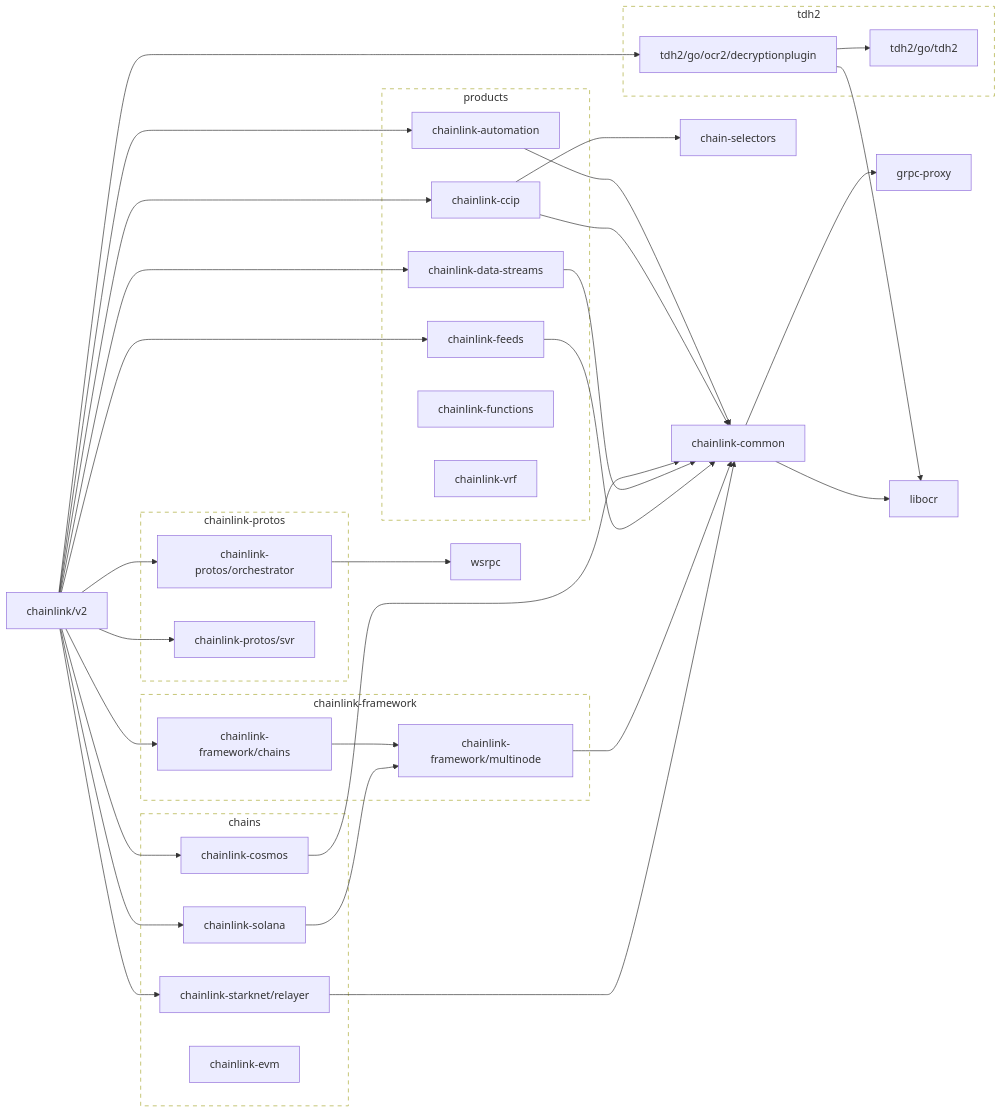
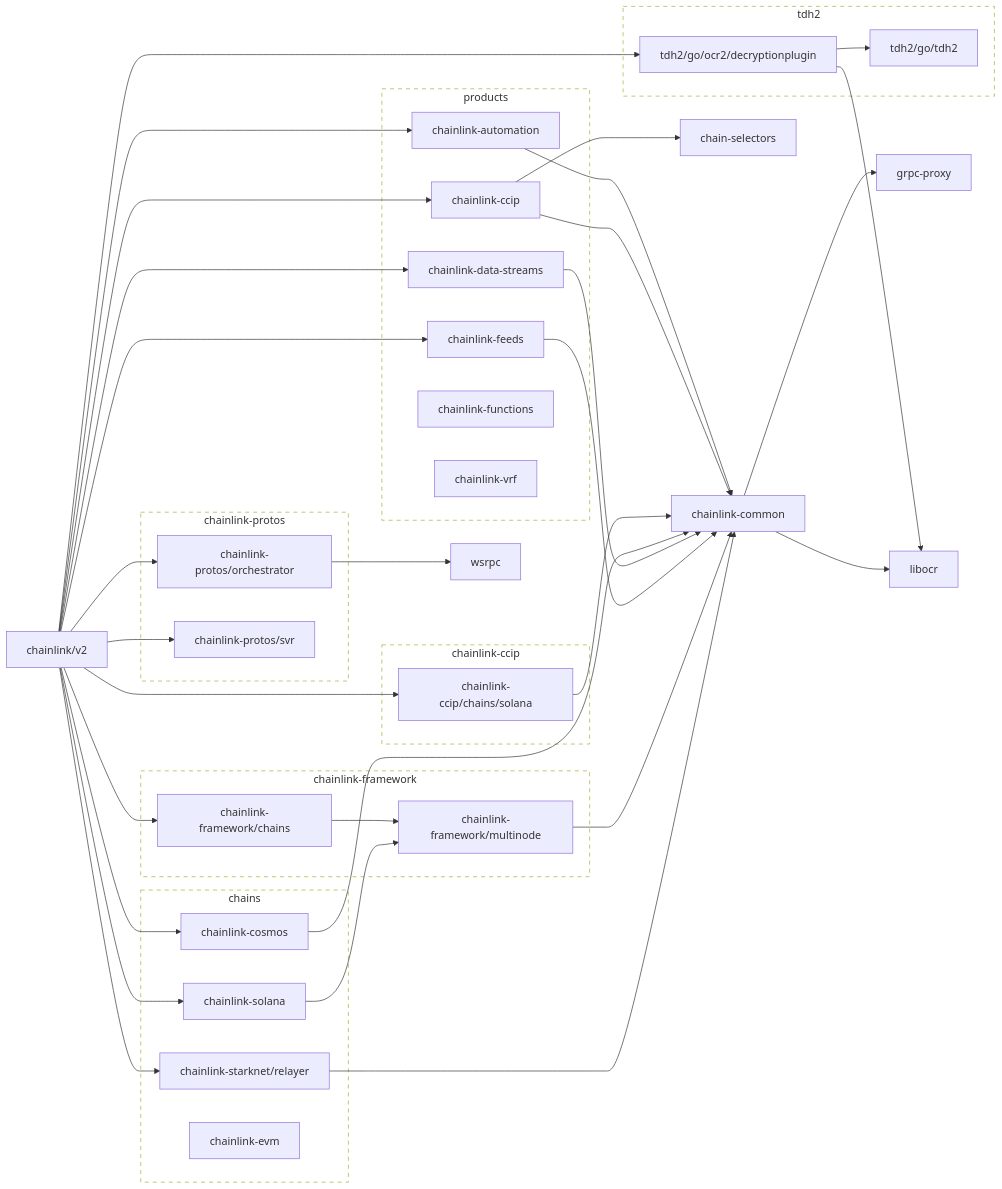
One commit to smartcontractkit/chainlink changed the first of 2 diagrams in go.md. Above: the diagram before and after it, drawn with Mermaid. The commit also changed other lines of this file, not shown here.

````diff
--- a/go.md
+++ b/go.md
@@ -28,6 +28,8 @@
 	chainlink-ccip --> chain-selectors
 	chainlink-ccip --> chainlink-common
 	click chainlink-ccip href "https://github.com/smartcontractkit/chainlink-ccip"
+	chainlink-ccip/chains/solana --> chainlink-common
+	click chainlink-ccip/chains/solana href "https://github.com/smartcontractkit/chainlink-ccip"
 	chainlink-common --> grpc-proxy
 	chainlink-common --> libocr
 	click chainlink-common href "https://github.com/smartcontractkit/chainlink-common"
@@ -51,6 +53,7 @@
 	click chainlink-starknet/relayer href "https://github.com/smartcontractkit/chainlink-starknet"
 	chainlink/v2 --> chainlink-automation
 	chainlink/v2 --> chainlink-ccip
+	chainlink/v2 --> chainlink-ccip/chains/solana
 	chainlink/v2 --> chainlink-cosmos
 	chainlink/v2 --> chainlink-data-streams
 	chainlink/v2 --> chainlink-feeds
@@ -73,6 +76,12 @@
 	wsrpc
 	click wsrpc href "https://github.com/smartcontractkit/wsrpc"
 
+	subgraph chainlink-ccip-repo[chainlink-ccip]
+		 chainlink-ccip
+		 chainlink-ccip/chains/solana
+	end
+	click chainlink-ccip-repo href "https://github.com/smartcontractkit/chainlink-ccip"
+
 	subgraph chainlink-framework-repo[chainlink-framework]
 		 chainlink-framework/chains
 		 chainlink-framework/multinode
@@ -92,5 +101,5 @@
 	click tdh2-repo href "https://github.com/smartcontractkit/tdh2"
 
 	classDef outline stroke-dasharray:6,fill:none;
-	class chainlink-framework-repo,chainlink-protos-repo,tdh2-repo outline
+	class chainlink-ccip-repo,chainlink-framework-repo,chainlink-protos-repo,tdh2-repo outline
 ```
````
